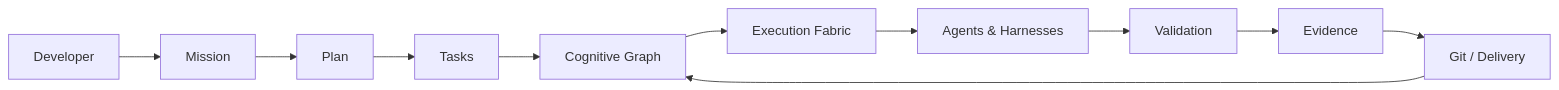
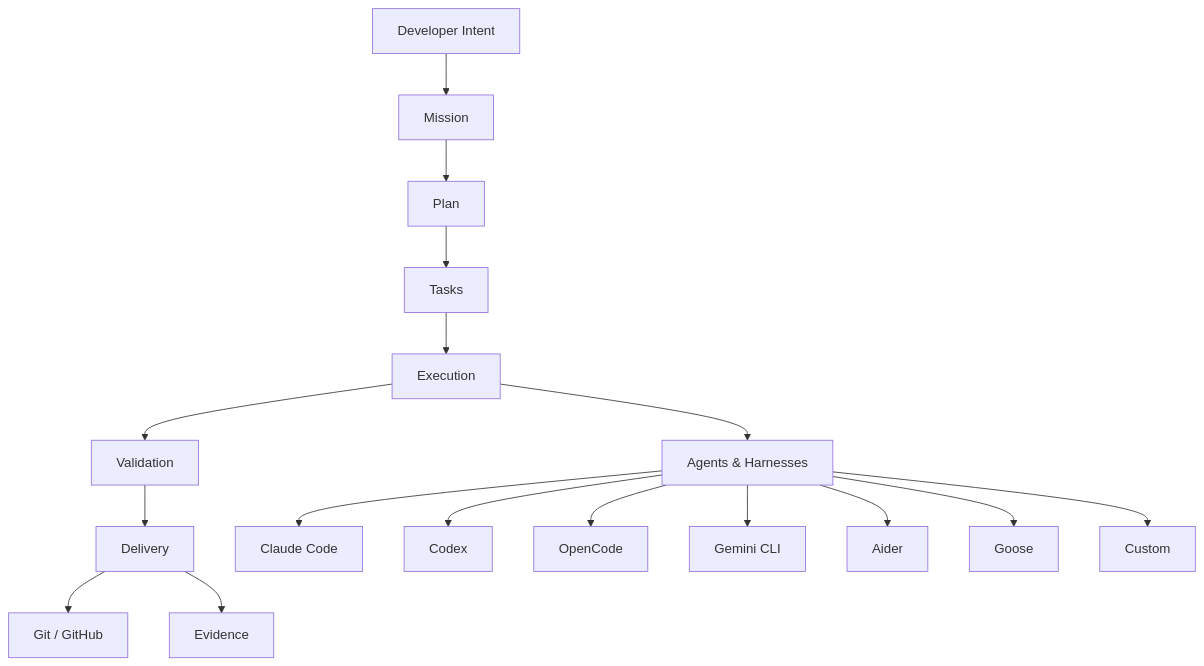
One commit to RayAKaan/EamilOS changed the second of 6 diagrams in README.md. Above: the diagram before and after it, drawn with Mermaid. The commit also changed other lines of this file, not shown here.

````diff
--- a/README.md
+++ b/README.md
@@ -176,30 +90,21 @@
 ```mermaid
-flowchart LR
-    DEV["Developer"]
+flowchart TB
+    INTENT["Developer Intent"] --> MISSION["Mission"]
+    MISSION --> PLAN["Plan"]
+    PLAN --> TASKS["Tasks"]
+    TASKS --> EXEC["Execution"]
+    EXEC --> VALIDATE["Validation"]
+    VALIDATE --> DELIVERY["Delivery"]
 
-    MISSION["Mission"]
+    EXEC --> AGENTS["Agents & Harnesses"]
+    AGENTS --> CLAUDE["Claude Code"]
+    AGENTS --> CODEX["Codex"]
+    AGENTS --> OPEN["OpenCode"]
+    AGENTS --> GEMINI["Gemini CLI"]
+    AGENTS --> AIDER["Aider"]
+    AGENTS --> GOOSE["Goose"]
+    AGENTS --> CUSTOM["Custom"]
 
-    PLAN["Plan"]
-    TASKS["Tasks"]
-    GRAPH["Cognitive Graph"]
-
-    EXEC["Execution Fabric"]
-
-    AGENTS["Agents & Harnesses"]
-
-    VALIDATE["Validation"]
-    EVIDENCE["Evidence"]
-    DELIVERY["Git / Delivery"]
-
-    DEV --> MISSION
-    MISSION --> PLAN
-    PLAN --> TASKS
-    TASKS --> GRAPH
-    GRAPH --> EXEC
-    EXEC --> AGENTS
-    AGENTS --> VALIDATE
-    VALIDATE --> EVIDENCE
-    EVIDENCE --> DELIVERY
-
-    DELIVERY --> GRAPH
+    DELIVERY --> GIT["Git / GitHub"]
+    DELIVERY --> EVIDENCE["Evidence"]
 ```
````
